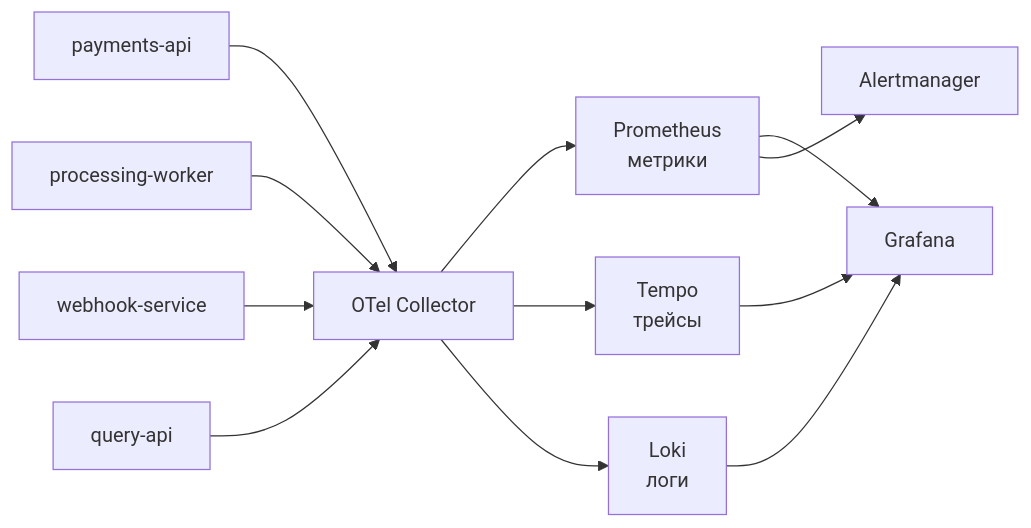
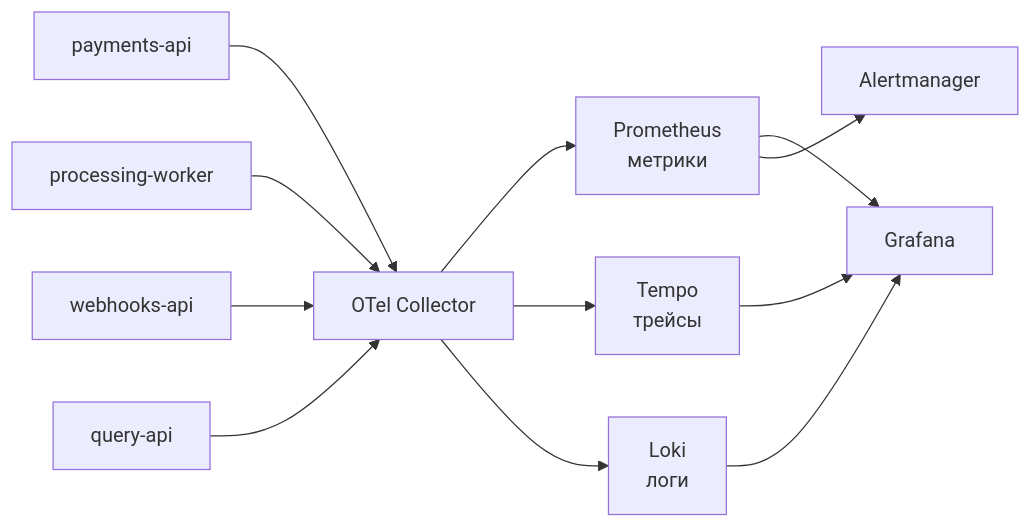
The ninth of 9 diagrams in README.md (MCtop4ik/PaymentTransactions), drawn with Mermaid before and after one commit. The commit also changed other lines of this file, not shown here.

````diff
--- a/README.md
+++ b/README.md
@@ -797,15 +805,15 @@
 ```mermaid
 flowchart LR
     api["payments-api"] --> otel["OTel Collector"]
     worker["processing-worker"] --> otel
-    wh["webhook-service"] --> otel
+    wh["webhooks-api"] --> otel
     q["query-api"] --> otel
 
     otel --> prom["Prometheus<br/>метрики"]
     otel --> tempo["Tempo<br/>трейсы"]
     otel --> loki["Loki<br/>логи"]
     prom --> graf["Grafana"]
     tempo --> graf
     loki --> graf
     prom --> am["Alertmanager"]
 ```
````
